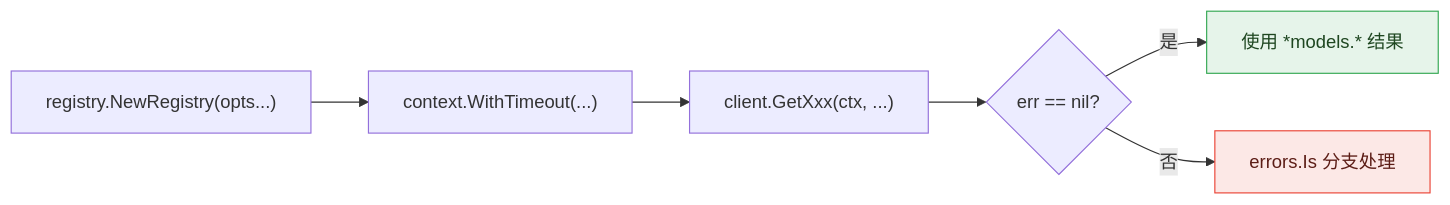
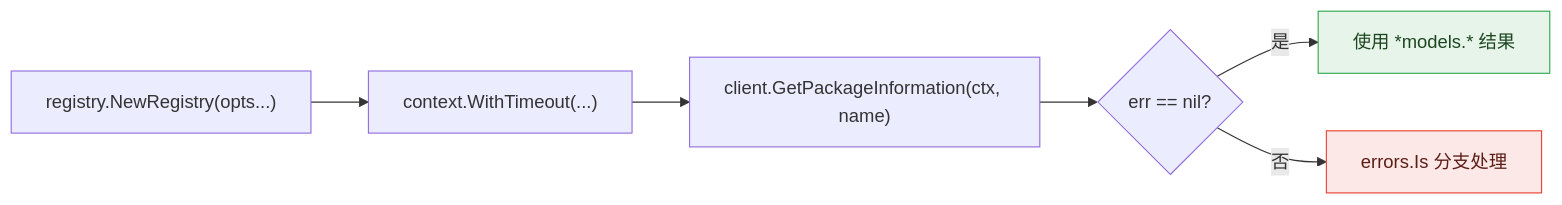
Before and after one commit to scagogogo/npm-skills: the diagram in website/examples/basic.md, drawn with Mermaid. The commit also changed 1 other file, not shown here.

Commit message:
docs(examples): replace GetXxx placeholder with real method in flow diagram
basic.md「典型使用流程」Mermaid 图中 client.GetXxx(ctx, ...) 是占位符，
改为真实 SDK 方法 client.GetPackageInformation(ctx, name)，使流程图与
真实 API 一致。中英同步。

经核对 examples 下所有 registry.NewXxx 构造函数、models 类型、字段访问
（含 os.FileInfo.Size() 等标准库方法）均与 SDK 源码一致，无虚构 API。

51 个 mermaid 图通过校验，VitePress build 通过。

````diff
--- a/website/examples/basic.md
+++ b/website/examples/basic.md
@@ -9,13 +9,13 @@
 ```mermaid
 flowchart LR
     A["registry.NewRegistry(opts...)"] --> B["context.WithTimeout(...)"]
-    B --> C["client.GetXxx(ctx, ...)"]
+    B --> C["client.GetPackageInformation(ctx, name)"]
     C --> D{"err == nil?"}
     D -->|是| E["使用 *models.* 结果"]
     D -->|否| F["errors.Is 分支处理"]
 
     classDef ok fill:#e6f4ea,stroke:#34a853,color:#1e4620;
     classDef err fill:#fce8e6,stroke:#ea4335,color:#5c1d16;
     class E ok;
     class F err;
 ```
````
